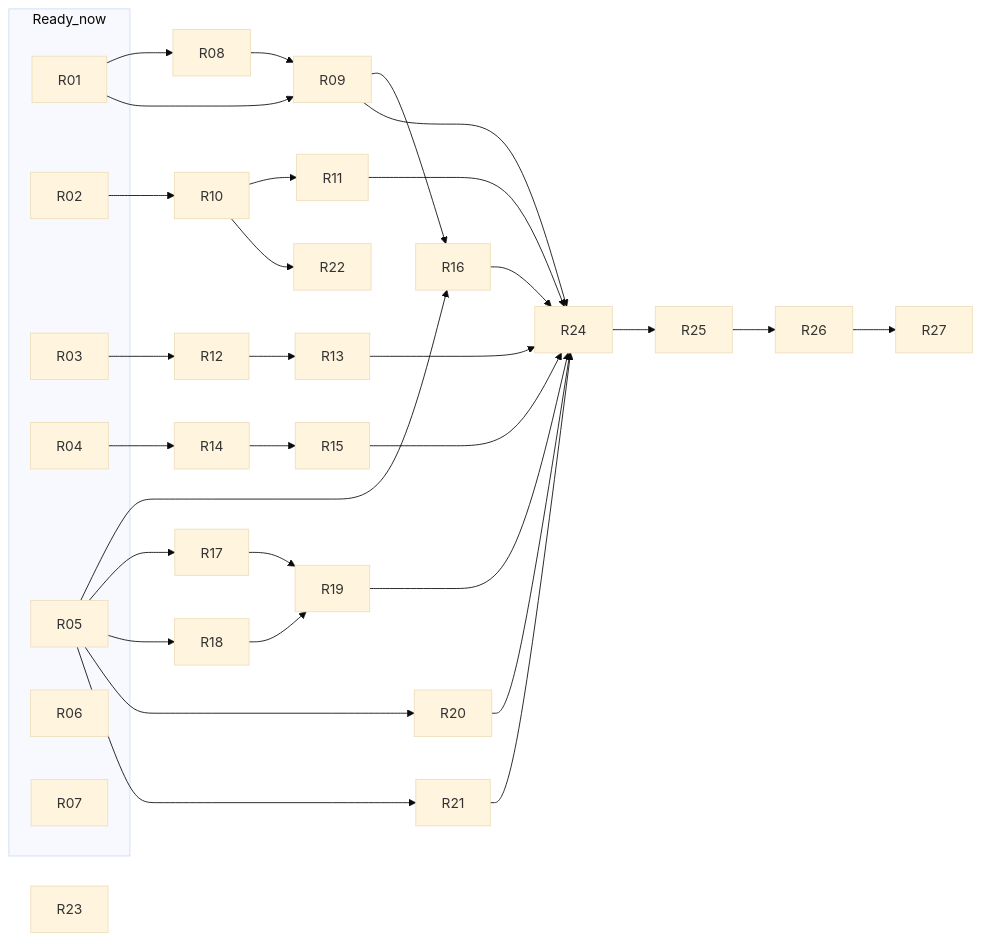
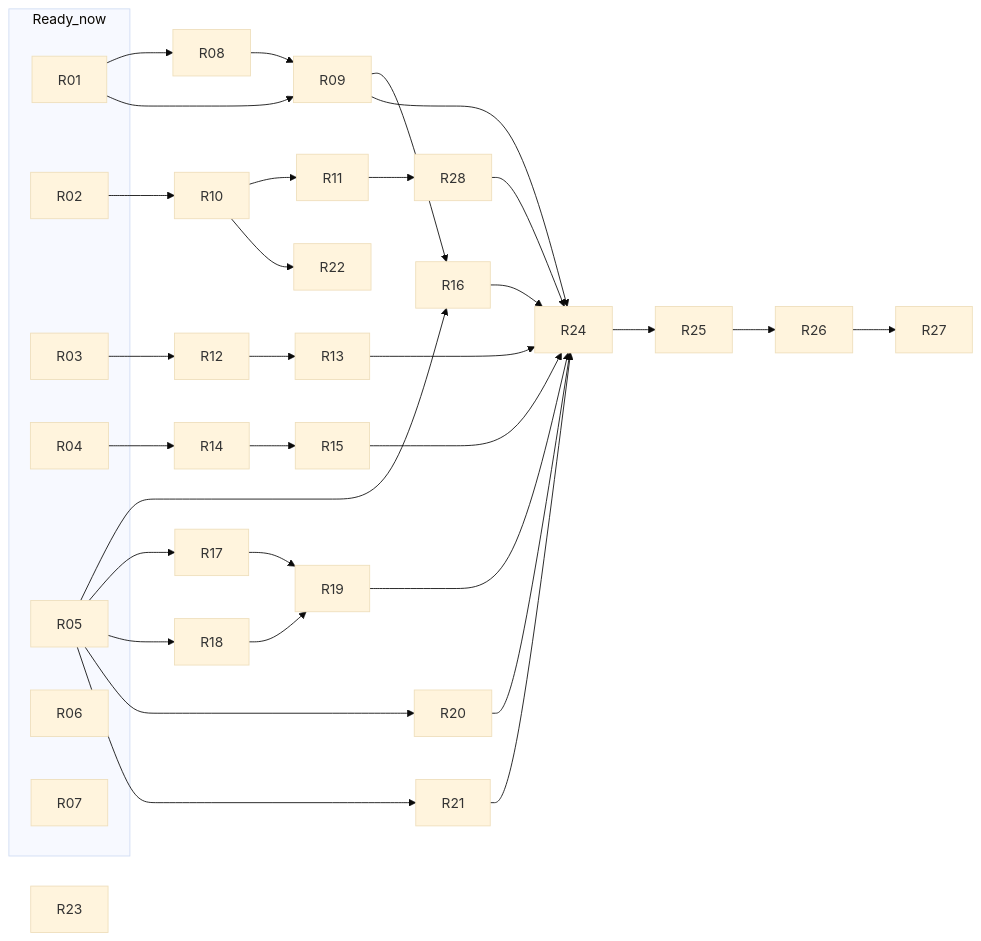
One commit to suthirram/portfolio-dashboard changed the diagram in docs/plans/PD-059-roadmap.md. Above: the diagram before and after it, drawn with Mermaid (base theme). The commit also changed other lines of this file, not shown here.

````diff
--- a/docs/plans/PD-059-roadmap.md
+++ b/docs/plans/PD-059-roadmap.md
@@ -81,34 +83,34 @@
 ```mermaid
 graph LR
   subgraph Ready_now
     R01
     R02
     R03
     R04
     R05
     R06
     R07
   end
   R01 --> R08 --> R09
   R01 --> R09
   R02 --> R10 --> R11
   R10 --> R22
   R03 --> R12 --> R13
   R04 --> R14 --> R15
   R05 --> R16
   R09 --> R16
   R05 --> R17 --> R19
   R05 --> R18 --> R19
   R05 --> R20
   R05 --> R21
   R09 --> R24
-  R11 --> R24
+  R11 --> R28 --> R24
   R13 --> R24
   R15 --> R24
   R16 --> R24
   R19 --> R24
   R20 --> R24
   R21 --> R24
   R24 --> R25 --> R26 --> R27
   R23
 ```
````
